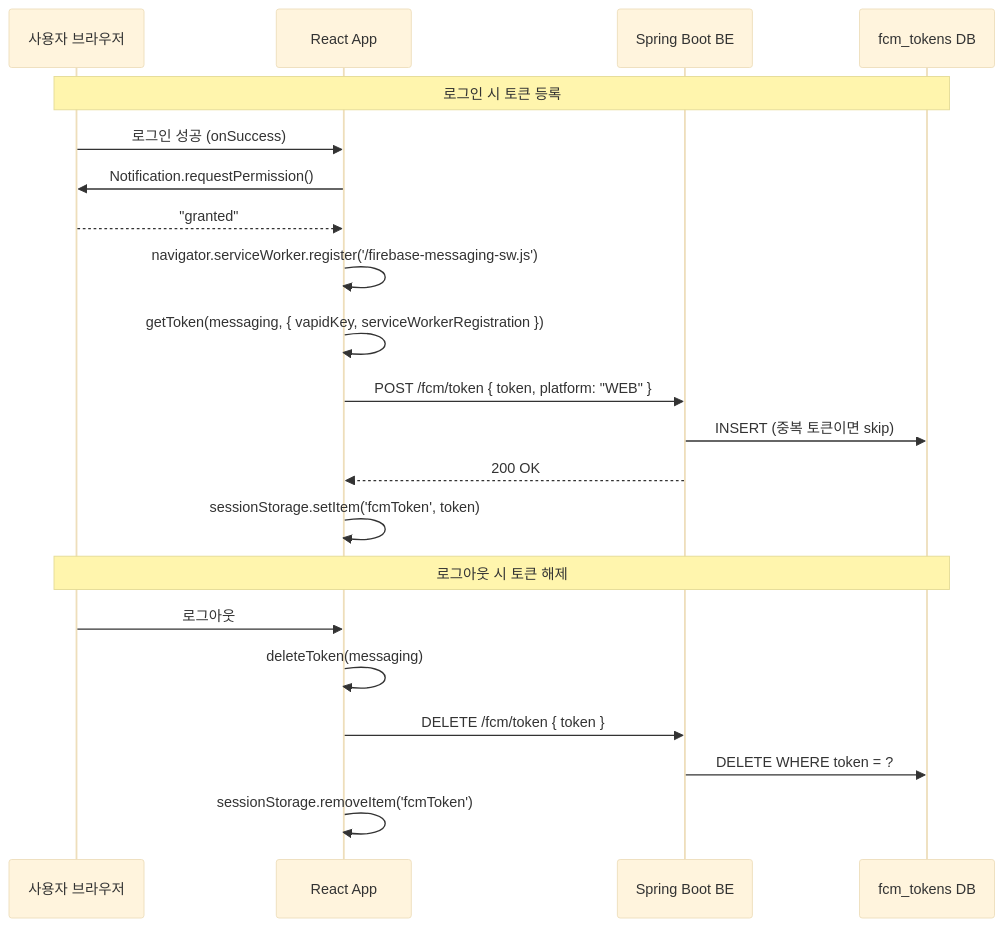
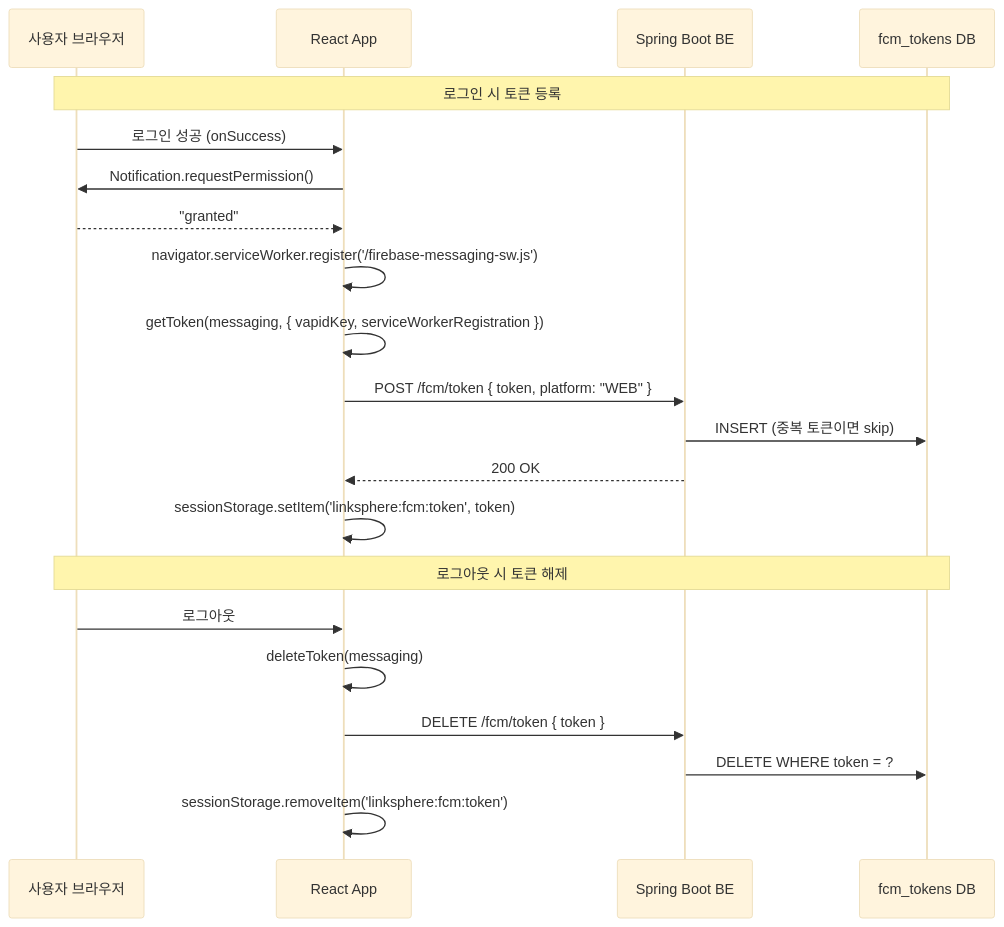
The second of 3 diagrams in docs/FCM-PUSH-NOTIFICATION.md (BAECHAN/link-sphere_FE_NEW), drawn with Mermaid (base theme) before and after one commit. The commit also changed other lines of this file and 10 other files, not shown here.

First line of the commit message:
refactor(shared): localStorage/sessionStorage 키 네이밍 통일

````diff
--- a/docs/FCM-PUSH-NOTIFICATION.md
+++ b/docs/FCM-PUSH-NOTIFICATION.md
@@ -64,25 +64,25 @@
 ```mermaid
 sequenceDiagram
   participant User as 사용자 브라우저
   participant FE as React App
   participant BE as Spring Boot BE
   participant DB as fcm_tokens DB
 
   Note over User,DB: 로그인 시 토큰 등록
   User->>FE: 로그인 성공 (onSuccess)
   FE->>User: Notification.requestPermission()
   User-->>FE: "granted"
   FE->>FE: navigator.serviceWorker.register('/firebase-messaging-sw.js')
   FE->>FE: getToken(messaging, { vapidKey, serviceWorkerRegistration })
   FE->>BE: POST /fcm/token { token, platform: "WEB" }
   BE->>DB: INSERT (중복 토큰이면 skip)
   BE-->>FE: 200 OK
-  FE->>FE: sessionStorage.setItem('fcmToken', token)
+  FE->>FE: sessionStorage.setItem('linksphere:fcm:token', token)
 
   Note over User,DB: 로그아웃 시 토큰 해제
   User->>FE: 로그아웃
   FE->>FE: deleteToken(messaging)
   FE->>BE: DELETE /fcm/token { token }
   BE->>DB: DELETE WHERE token = ?
-  FE->>FE: sessionStorage.removeItem('fcmToken')
+  FE->>FE: sessionStorage.removeItem('linksphere:fcm:token')
 ```
````
